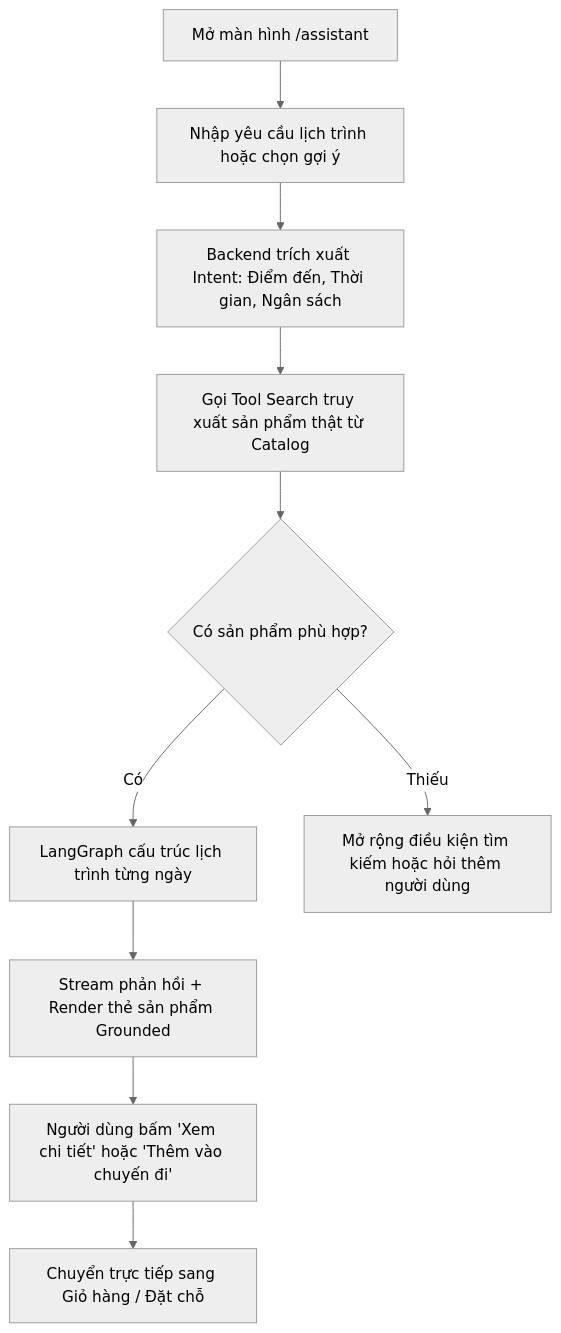
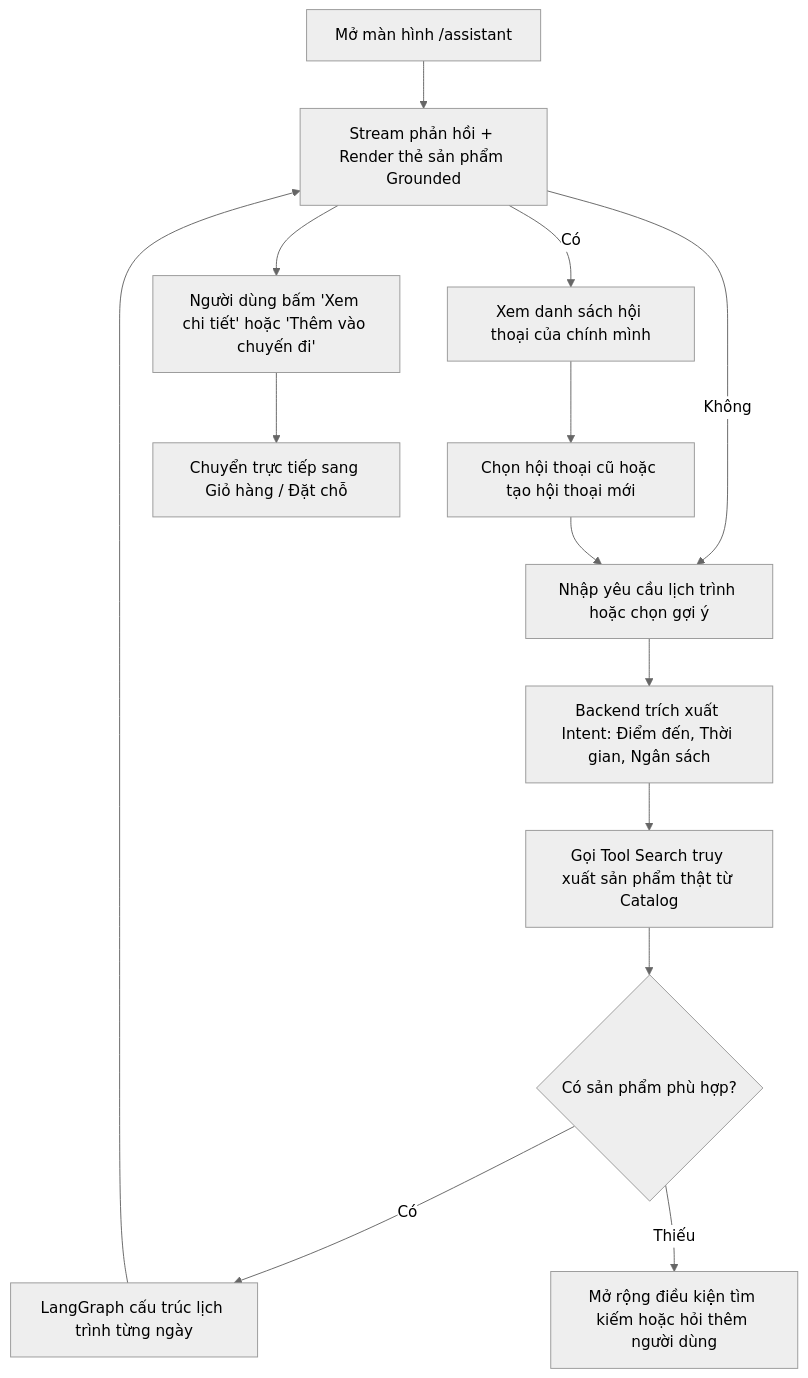
Before and after one commit to NguyenNhat4/Travel-Recommend-System: the second of 3 diagrams in docs/prd/user-flow.md, drawn with Mermaid (neutral theme). The commit also changed other lines of this file and 28 other files, not shown here.

Commit message:
feat(assistant): triển khai lưu hội thoại trợ lý bằng Redis và Postgres

````diff
--- a/docs/prd/user-flow.md
+++ b/docs/prd/user-flow.md
@@ -64,12 +64,16 @@
 ```mermaid
 flowchart TD
-    A[Mở màn hình /assistant] --> B[Nhập yêu cầu lịch trình hoặc chọn gợi ý]
+    A[Mở màn hình /assistant] --> H{Đã đăng nhập?}
+    H -->|Có| L[Xem danh sách hội thoại của chính mình]
+    L --> M[Chọn hội thoại cũ hoặc tạo hội thoại mới]
+    H -->|Không| B[Nhập yêu cầu lịch trình hoặc chọn gợi ý]
+    M --> B
     B --> C[Backend trích xuất Intent: Điểm đến, Thời gian, Ngân sách]
     C --> D[Gọi Tool Search truy xuất sản phẩm thật từ Catalog]
     D --> E{Có sản phẩm phù hợp?}
     E -->|Có| F[LangGraph cấu trúc lịch trình từng ngày]
     E -->|Thiếu| G[Mở rộng điều kiện tìm kiếm hoặc hỏi thêm người dùng]
     F --> H[Stream phản hồi + Render thẻ sản phẩm Grounded]
     H --> I[Người dùng bấm 'Xem chi tiết' hoặc 'Thêm vào chuyến đi']
     I --> J[Chuyển trực tiếp sang Giỏ hàng / Đặt chỗ]
 ```
````
